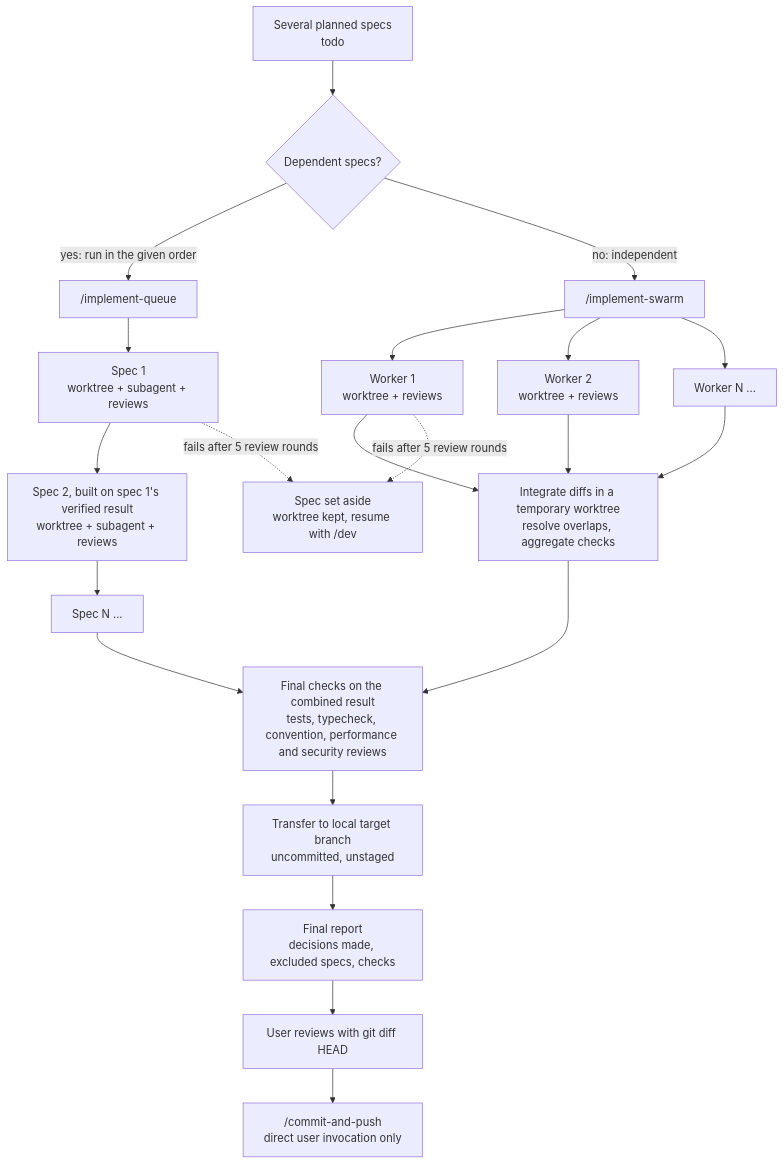
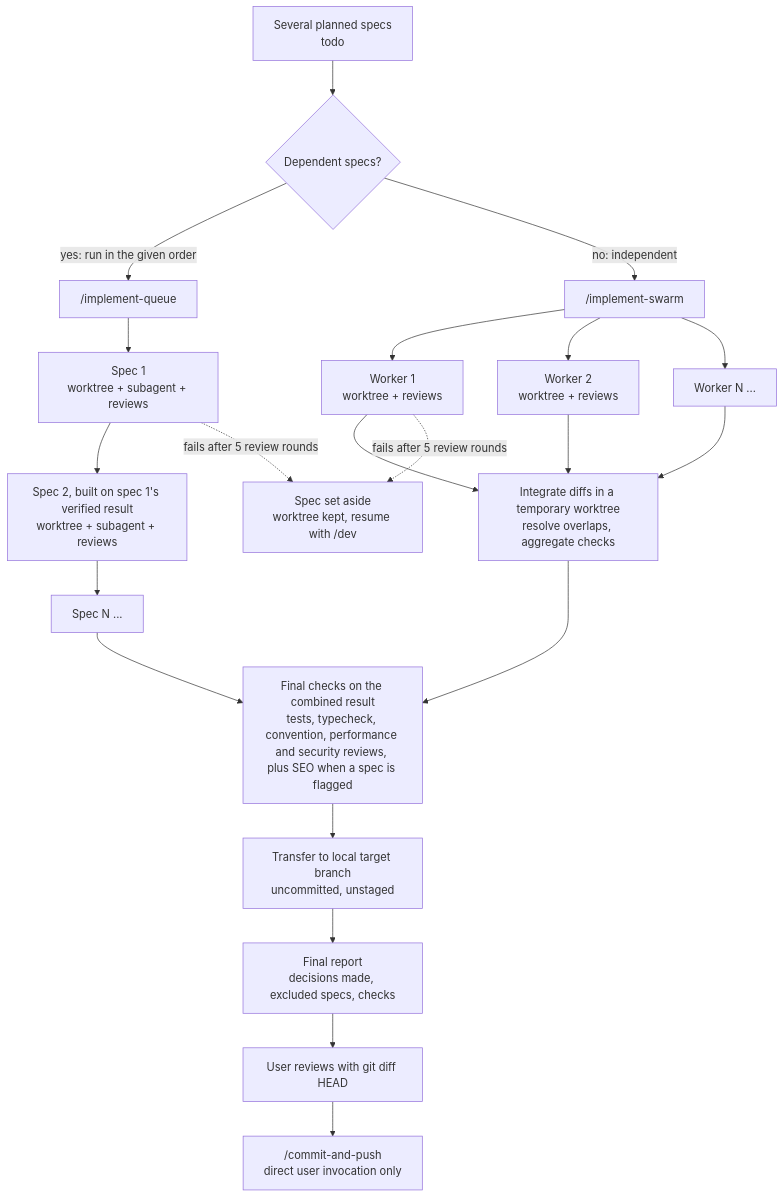
The fifth of 6 diagrams in README.md (the-blue-coder/agentic-starter), drawn with Mermaid before and after one commit. The commit also changed other lines of this file and 39 other files, not shown here.

````diff
--- a/README.md
+++ b/README.md
@@ -250,27 +258,27 @@
 ```mermaid
 flowchart TD
   specs["Several planned specs<br/>todo"] --> mode{"Dependent specs?"}
 
   mode -- "yes: run in the given order" --> queue["/implement-queue"]
   queue --> q1["Spec 1<br/>worktree + subagent + reviews"]
   q1 --> q2["Spec 2, built on spec 1's verified result<br/>worktree + subagent + reviews"]
   q2 --> qn["Spec N ..."]
-  qn --> final["Final checks on the combined result<br/>tests, typecheck, convention, performance and security reviews"]
+  qn --> final["Final checks on the combined result<br/>tests, typecheck, convention, performance and security reviews, plus SEO when a spec is flagged"]
 
   mode -- "no: independent" --> swarm["/implement-swarm"]
   swarm --> w1["Worker 1<br/>worktree + reviews"]
   swarm --> w2["Worker 2<br/>worktree + reviews"]
   swarm --> wn["Worker N ..."]
   w1 --> integrate["Integrate diffs in a temporary worktree<br/>resolve overlaps, aggregate checks"]
   w2 --> integrate
   wn --> integrate
   integrate --> final
 
   q1 -. "fails after 5 review rounds" .-> excluded["Spec set aside<br/>worktree kept, resume with /dev"]
   w1 -. "fails after 5 review rounds" .-> excluded
 
   final --> transfer["Transfer to local target branch<br/>uncommitted, unstaged"]
   transfer --> report["Final report<br/>decisions made, excluded specs, checks"]
   report --> review["User reviews with git diff HEAD"]
   review --> ship["/commit-and-push<br/>direct user invocation only"]
 ```
````
